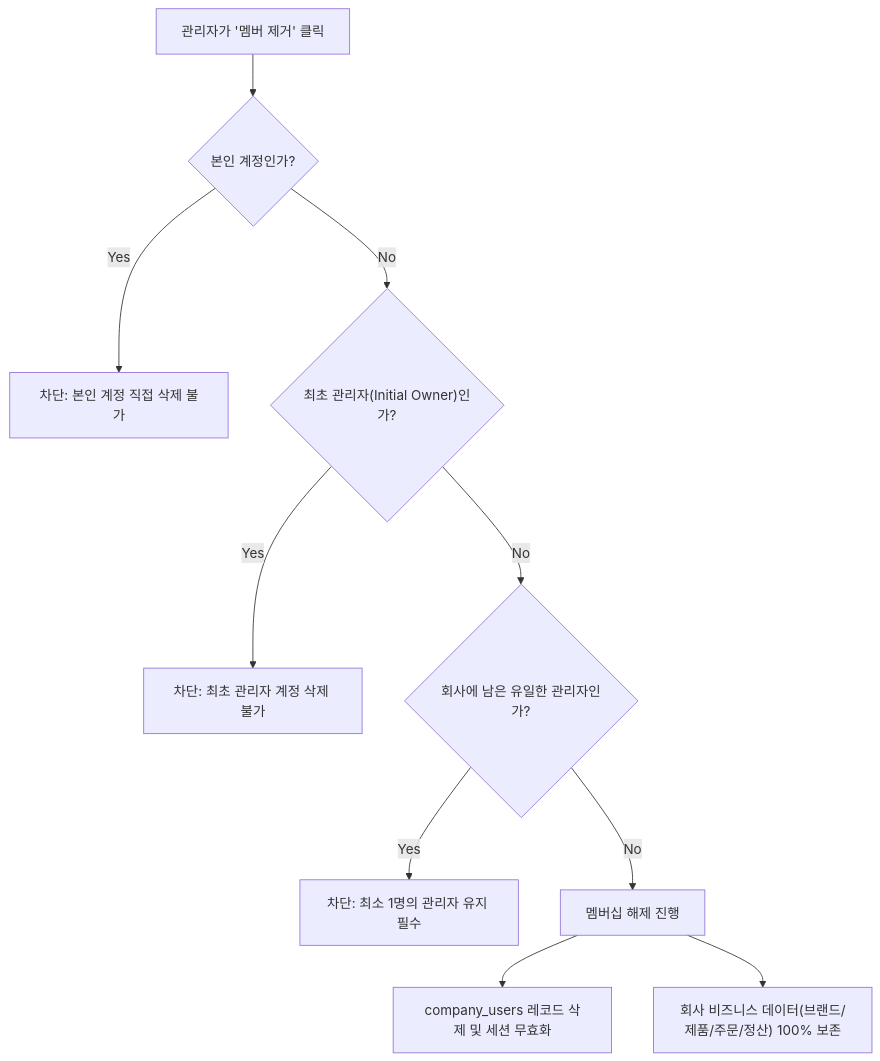
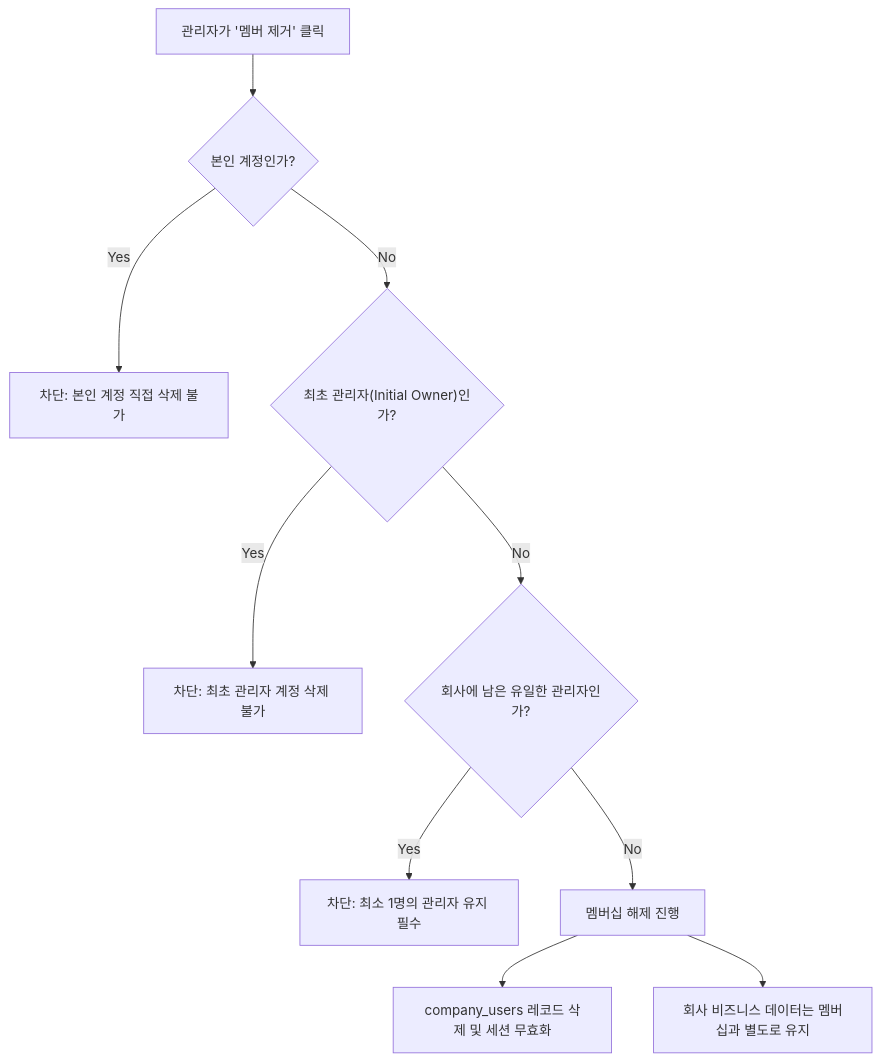
Before and after one commit to chaehahm-Kr/KBGP-Portal: the fifth of 5 diagrams in Manuals/MAN-B-PERM-001_Permissions-User-Management/02_CLAUDE_PACKAGE/03_DIAGRAMS/PERMISSIONS_ARCHITECTURE_DIAGRAMS.md, drawn with Mermaid. The commit also changed other lines of this file and 23 other files, not shown here.

````diff
--- a/Manuals/MAN-B-PERM-001_Permissions-User-Management/02_CLAUDE_PACKAGE/03_DIAGRAMS/PERMISSIONS_ARCHITECTURE_DIAGRAMS.md
+++ b/Manuals/MAN-B-PERM-001_Permissions-User-Management/02_CLAUDE_PACKAGE/03_DIAGRAMS/PERMISSIONS_ARCHITECTURE_DIAGRAMS.md
@@ -102,15 +102,15 @@
 ```mermaid
 flowchart TD
     A["관리자가 '멤버 제거' 클릭"] --> B{"본인 계정인가?"}
     B -->|Yes| C["차단: 본인 계정 직접 삭제 불가"]
     B -->|No| D{"최초 관리자(Initial Owner)인가?"}
     
     D -->|Yes| E["차단: 최초 관리자 계정 삭제 불가"]
     D -->|No| F{"회사에 남은 유일한 관리자인가?"}
     
     F -->|Yes| G["차단: 최소 1명의 관리자 유지 필수"]
     F -->|No| H["멤버십 해제 진행"]
     
     H --> I["company_users 레코드 삭제 및 세션 무효화"]
-    H --> J["회사 비즈니스 데이터(브랜드/제품/주문/정산) 100% 보존"]
+    H --> J["회사 비즈니스 데이터는 멤버십과 별도로 유지"]
 ```
````
